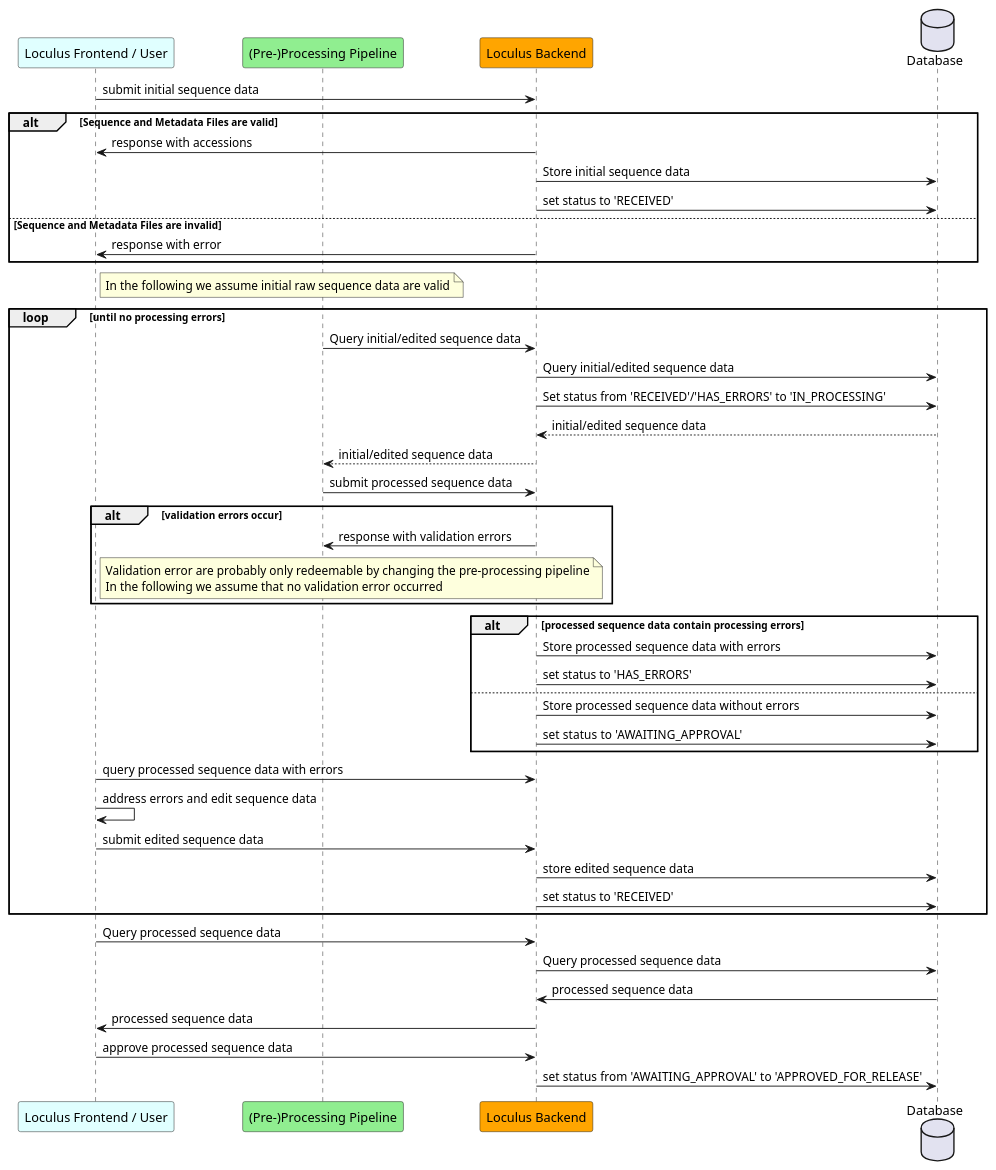
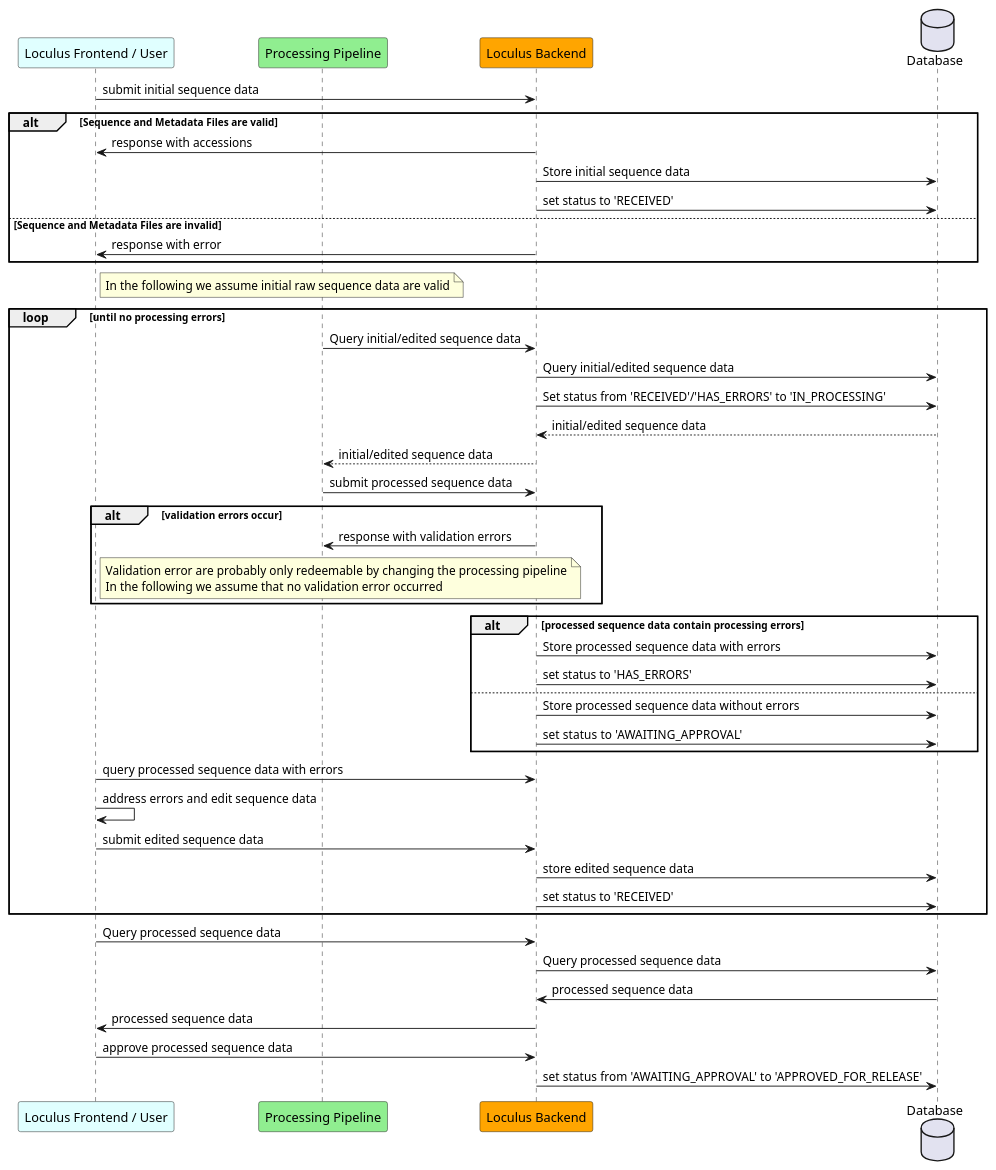
One commit to loculus-project/loculus changed the diagram in backend/docs/plantuml/sequenceInitialSubmission.puml. Above: the diagram before and after it, drawn with PlantUML. The commit also changed 16 other files, not shown here.

```diff
--- a/backend/docs/plantuml/sequenceInitialSubmission.puml
+++ b/backend/docs/plantuml/sequenceInitialSubmission.puml
@@ -1,61 +1,61 @@
 @startuml
     participant "Loculus Frontend / User" as frontend #LightCyan
-    participant "(Pre-)Processing Pipeline" as processing #LightGreen
+    participant "Processing Pipeline" as processing #LightGreen
     participant "Loculus Backend" as backend #Orange
     database "Database" as DB
 
     frontend -> backend: submit initial sequence data
     alt Sequence and Metadata Files are valid
         backend -> frontend: response with accessions
         backend -> DB: Store initial sequence data
         backend -> DB: set status to 'RECEIVED'
     else Sequence and Metadata Files are invalid
         backend -> frontend: response with error
     end
 
    note right of frontend
       In the following we assume initial raw sequence data are valid
    end note
 
     loop until no processing errors
 
         processing -> backend: Query initial/edited sequence data
         backend -> DB: Query initial/edited sequence data
         backend -> DB: Set status from 'RECEIVED'/'HAS_ERRORS' to 'IN_PROCESSING'
         DB --> backend: initial/edited sequence data
         backend --> processing: initial/edited sequence data
 
         processing -> backend: submit processed sequence data
         alt validation errors occur
             backend -> processing: response with validation errors
              note right of frontend
-                  Validation error are probably only redeemable by changing the pre-processing pipeline
+                  Validation error are probably only redeemable by changing the processing pipeline
                   In the following we assume that no validation error occurred
                end note
         end loop
 
         alt processed sequence data contain processing errors
             backend -> DB: Store processed sequence data with errors
             backend -> DB: set status to 'HAS_ERRORS'
         else
             backend -> DB: Store processed sequence data without errors
             backend -> DB: set status to 'AWAITING_APPROVAL'
         end
          frontend -> backend: query processed sequence data with errors
         frontend -> frontend: address errors and edit sequence data
 
         frontend -> backend: submit edited sequence data
         backend -> DB: store edited sequence data
         backend -> DB: set status to 'RECEIVED'
     end loop
 
 
     frontend -> backend: Query processed sequence data
     backend -> DB: Query processed sequence data
     DB -> backend: processed sequence data
     backend -> frontend: processed sequence data
 
     frontend -> backend: approve processed sequence data
     backend -> DB: set status from 'AWAITING_APPROVAL' to 'APPROVED_FOR_RELEASE'
 
 @enduml
```
